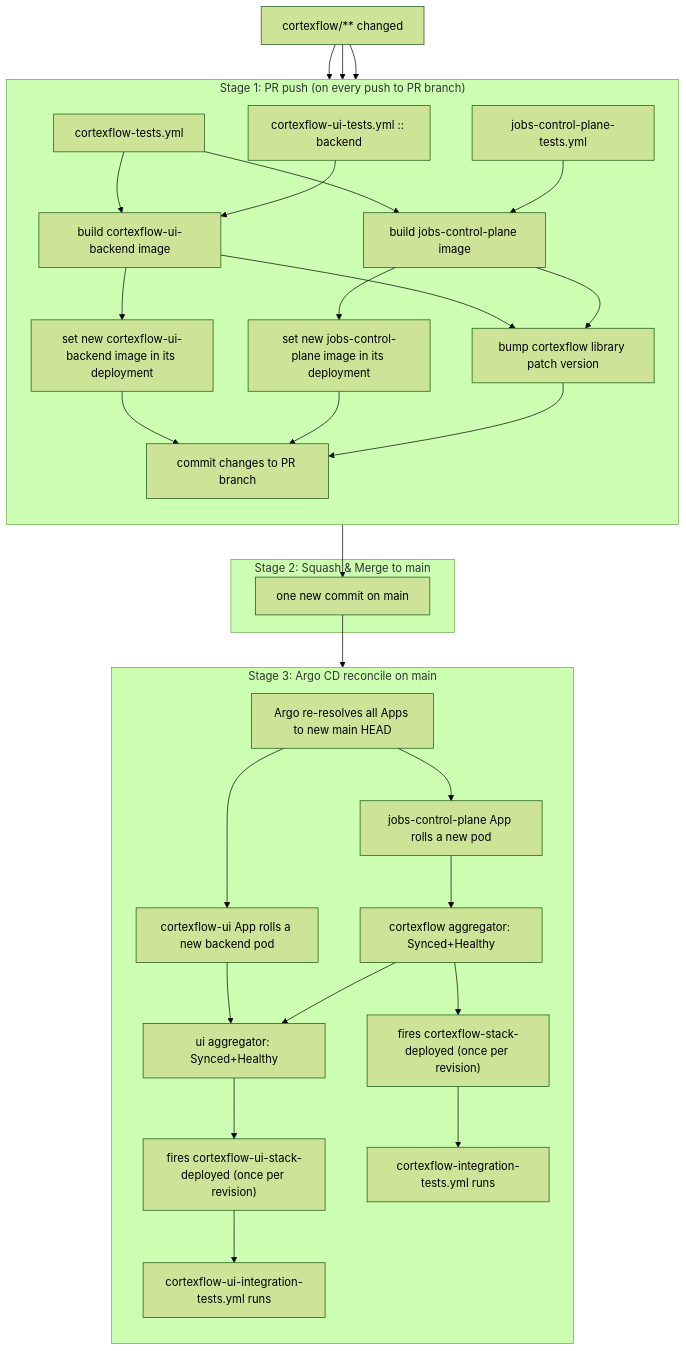
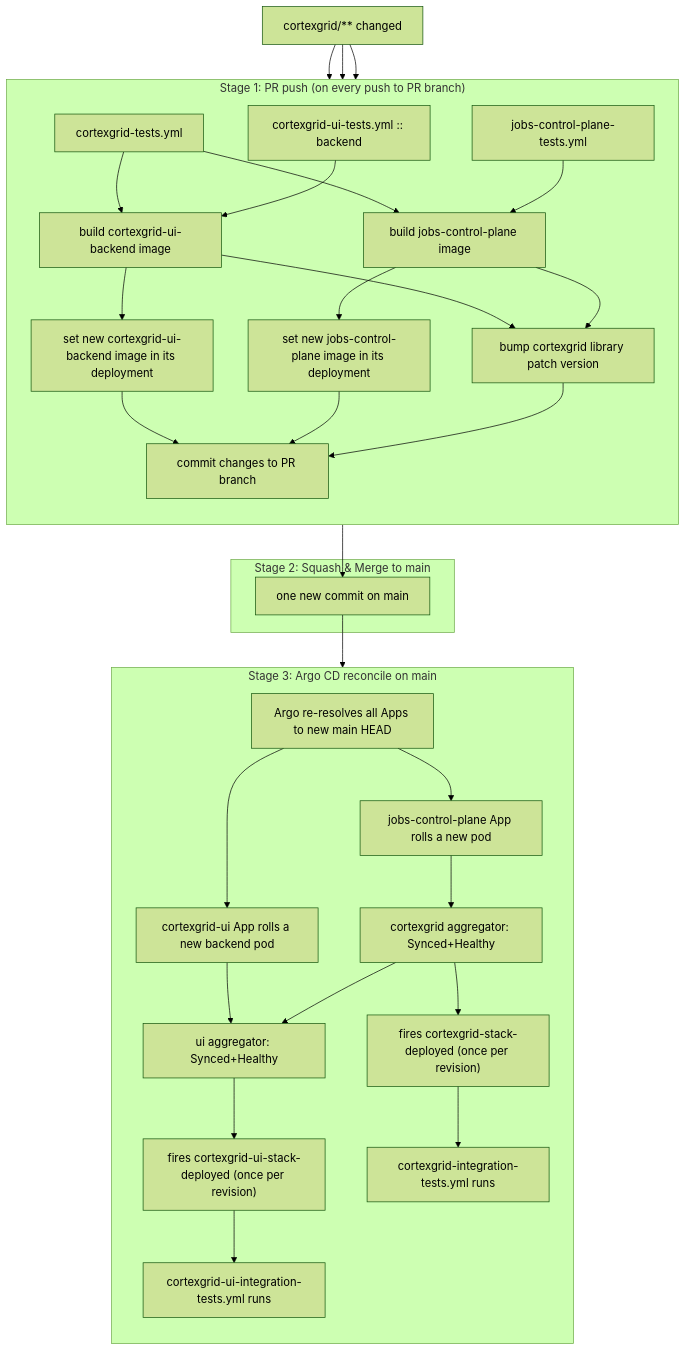
Before and after one commit to robodatalab/cortexgrid: the first of 8 diagrams in docs/k8s/cicd.md, drawn with Mermaid (forest theme). The commit also changed other lines of this file and 142 other files, not shown here.

Commit message:
finish renaming cortexflow -> cortexgrid

````diff
--- a/docs/k8s/cicd.md
+++ b/docs/k8s/cicd.md
@@ -33,61 +33,61 @@
 ```mermaid
 flowchart TB
-    src["cortexflow/** changed"]
+    src["cortexgrid/** changed"]
 
     subgraph S1["Stage 1: PR push (on every push to PR branch)"]
         direction TB
-        T1["cortexflow-tests.yml"]
-        T2["cortexflow-ui-tests.yml :: backend"]
+        T1["cortexgrid-tests.yml"]
+        T2["cortexgrid-ui-tests.yml :: backend"]
         T3["jobs-control-plane-tests.yml"]
-        B1["build cortexflow-ui-backend image"]
+        B1["build cortexgrid-ui-backend image"]
         B2["build jobs-control-plane image"]
-        E1["set new cortexflow-ui-backend image in its deployment"]
+        E1["set new cortexgrid-ui-backend image in its deployment"]
         E2["set new jobs-control-plane image in its deployment"]
-        E3["bump cortexflow library patch version"]
+        E3["bump cortexgrid library patch version"]
         C["commit changes to PR branch"]
         T1 --> B1
         T2 --> B1
         T1 --> B2
         T3 --> B2
         B1 --> E1
         B2 --> E2
         B1 --> E3
         B2 --> E3
         E1 --> C
         E2 --> C
         E3 --> C
     end
 
     src --> T1
     src --> T2
     src --> T3
 
     subgraph S2["Stage 2: Squash & Merge to main"]
         M["one new commit on main"]
     end
     C --> M
 
     subgraph S3["Stage 3: Argo CD reconcile on main"]
         direction TB
         Sync["Argo re-resolves all Apps to new main HEAD"]
-        Roll_uib["cortexflow-ui App rolls a new backend pod"]
+        Roll_uib["cortexgrid-ui App rolls a new backend pod"]
         Roll_jcp["jobs-control-plane App rolls a new pod"]
-        Agg_cf["cortexflow aggregator: Synced+Healthy"]
+        Agg_cf["cortexgrid aggregator: Synced+Healthy"]
         Agg_ui["ui aggregator: Synced+Healthy"]
-        N_cf["fires cortexflow-stack-deployed (once per revision)"]
-        N_ui["fires cortexflow-ui-stack-deployed (once per revision)"]
-        IT_cf["cortexflow-integration-tests.yml runs"]
-        IT_uic["cortexflow-ui-integration-tests.yml runs"]
+        N_cf["fires cortexgrid-stack-deployed (once per revision)"]
+        N_ui["fires cortexgrid-ui-stack-deployed (once per revision)"]
+        IT_cf["cortexgrid-integration-tests.yml runs"]
+        IT_uic["cortexgrid-ui-integration-tests.yml runs"]
 
         Sync --> Roll_uib
         Sync --> Roll_jcp
         Roll_jcp --> Agg_cf
         Roll_uib --> Agg_ui
         Agg_cf --> Agg_ui
         Agg_cf --> N_cf
         Agg_ui --> N_ui
         N_cf --> IT_cf
         N_ui --> IT_uic
     end
     M --> Sync
 ```
````
